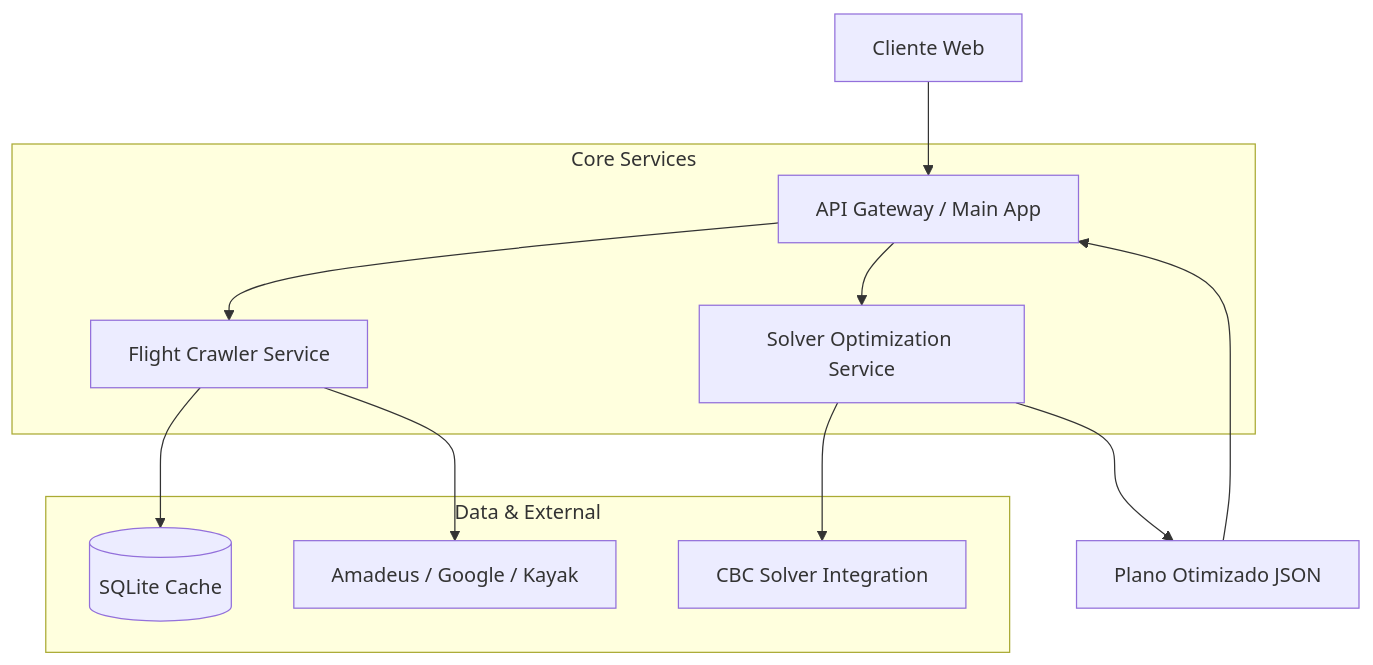
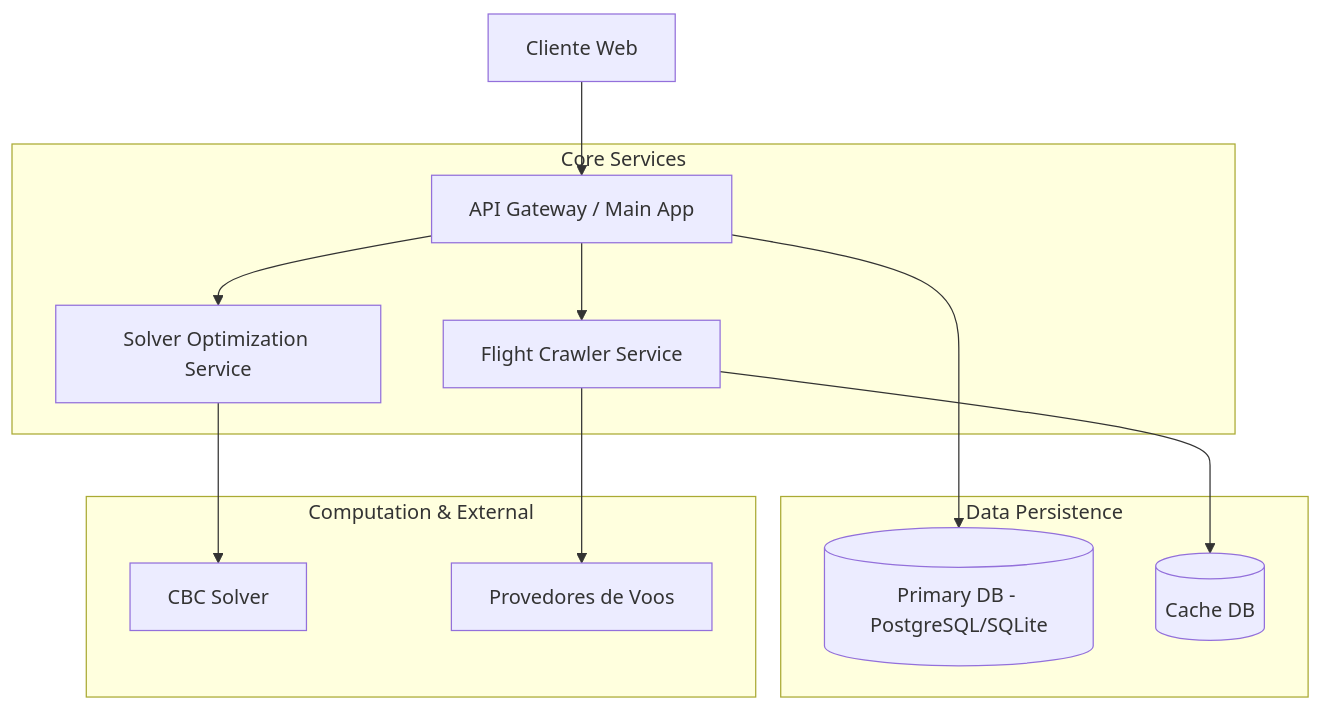
Before and after one commit to Fabioaugustmp/optiway: the diagram in README.md, drawn with Mermaid. The commit also changed other lines of this file and 6 other files, not shown here.

````diff
--- a/README.md
+++ b/README.md
@@ -49,18 +57,19 @@
 ```mermaid
 graph TD
     User[Cliente Web] --> Gateway[API Gateway / Main App]
     
     subgraph Core Services
         Gateway --> CrawlerService[Flight Crawler Service]
         Gateway --> SolverService[Solver Optimization Service]
     end
     
-    subgraph Data & External
-        CrawlerService --> Cache[(SQLite Cache)]
-        CrawlerService --> ExternalAPIs[Amadeus / Google / Kayak]
-        SolverService --> MathEngine[CBC Solver Integration]
+    subgraph Data Persistence
+        Gateway --> DB[(Primary DB - PostgreSQL/SQLite)]
+        CrawlerService --> Cache[(Cache DB)]
     end
     
-    SolverService --> Result[Plano Otimizado JSON]
-    Result --> Gateway
+    subgraph Computation & External
+        SolverService --> MathEngine[CBC Solver]
+        CrawlerService --> ExternalAPIs[Provedores de Voos]
+    end
 ```
````
